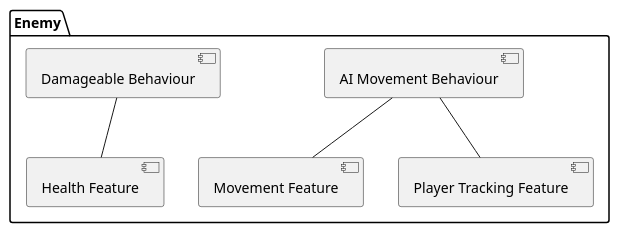
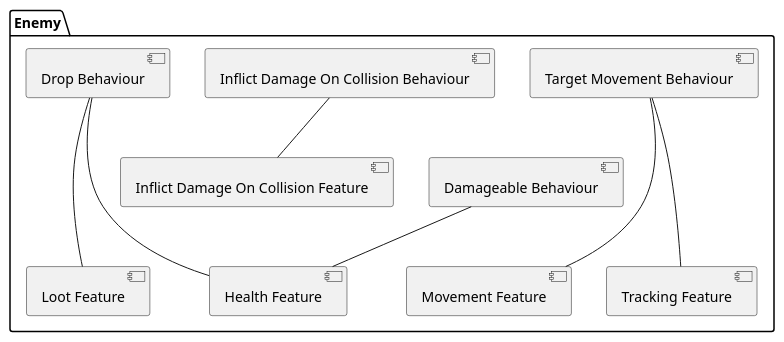
The diagram in docs/01_Implementation/Prefabs/AbstractEnemy.puml (Famoose/marine-survivors), drawn with PlantUML before and after one commit. The commit also changed 1 other file, not shown here.

Commit message:
Diagram for enemy updated

```diff
--- a/docs/01_Implementation/Prefabs/AbstractEnemy.puml
+++ b/docs/01_Implementation/Prefabs/AbstractEnemy.puml
@@ -1,15 +1,25 @@
 @startuml
 
 package Enemy {
-    [AI Movement Behaviour] as aiMovementBeh
+    [Target Movement Behaviour] as targetMovementBeh
     [Damageable Behaviour] as damageableBeh
+    [Inflict Damage On Collision Behaviour] as inflictDamageBeh
+    [Drop Behaviour] as dropBeh
     [Movement Feature] as movementFea
-    [Player Tracking Feature] as playerTrackingFea
     [Health Feature] as healthFea
+    [Inflict Damage On Collision Feature] as inflictDamageFea
+    [Tracking Feature] as trackingFea
+    [Loot Feature] as lootFea
 }
 
-aiMovementBeh -- movementFea
-aiMovementBeh -- playerTrackingFea
+targetMovementBeh --- movementFea
+targetMovementBeh --- trackingFea
+
+inflictDamageBeh -- inflictDamageFea
+
 damageableBeh -- healthFea
 
+dropBeh --- healthFea
+dropBeh --- lootFea
+
 @enduml
```
